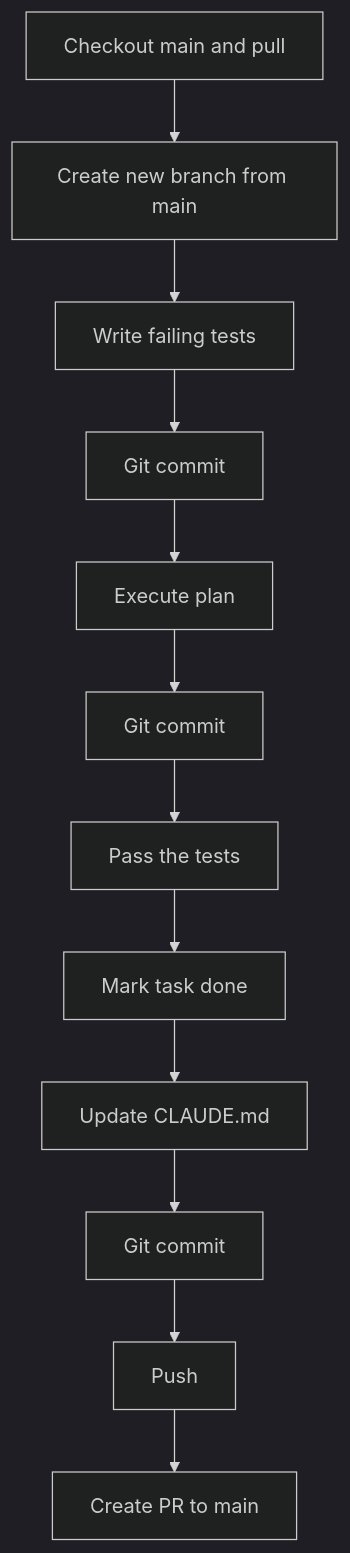
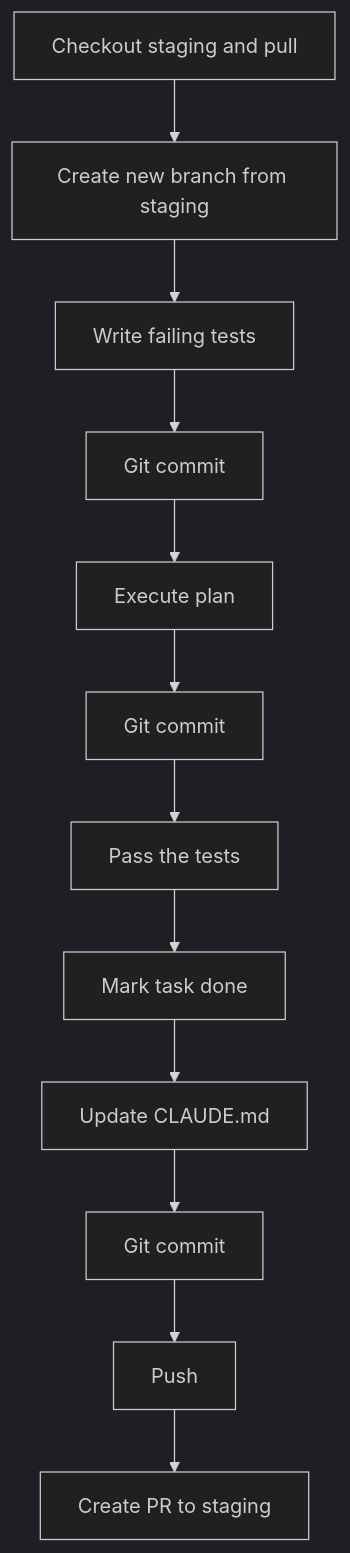
Before and after one commit to doccerz/unit-state-microservice: the diagram in .claude/rules/git-workflow.md, drawn with Mermaid (dark theme). The commit also changed other lines of this file, not shown here.

First line of the commit message:
docs: update git workflow to use staging as integration branch

````diff
--- a/.claude/rules/git-workflow.md
+++ b/.claude/rules/git-workflow.md
@@ -33,14 +33,14 @@
 ```mermaid
 graph TD
-    Y[Checkout main and pull] --> Z[Create new branch from main]
+    Y[Checkout staging and pull] --> Z[Create new branch from staging]
     Z --> A[Write failing tests]
     A --> B[Git commit]
     B --> C[Execute plan]
     C --> D[Git commit]
     D --> E[Pass the tests]
     E --> F[Mark task done]
     F --> G[Update CLAUDE.md]
     G --> H[Git commit]
     H --> I[Push]
-    I --> J[Create PR to main]
+    I --> J[Create PR to staging]
 ```
````
